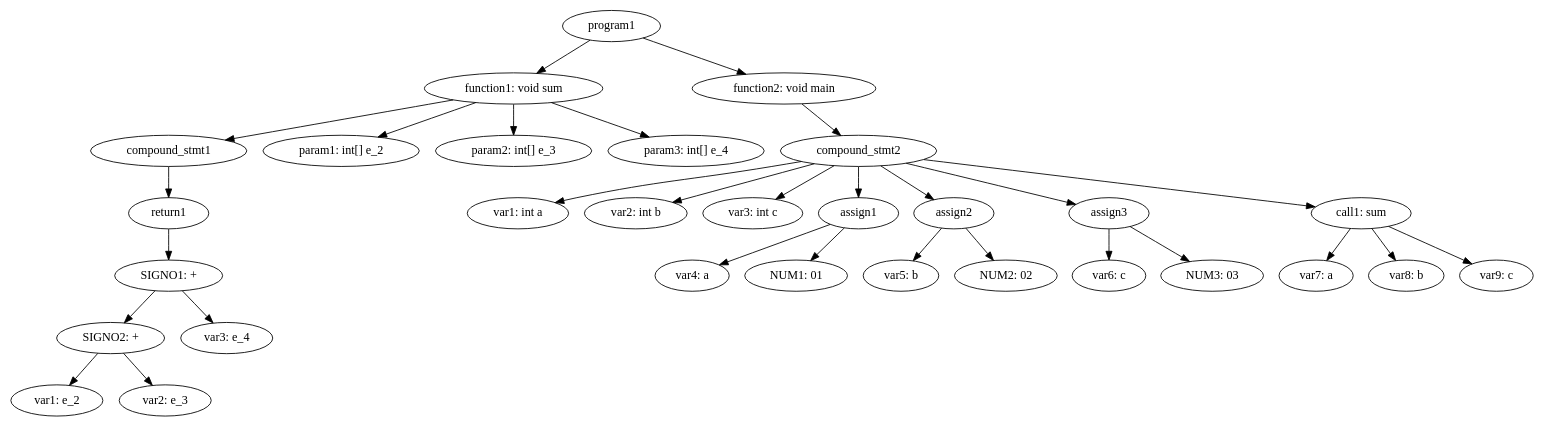
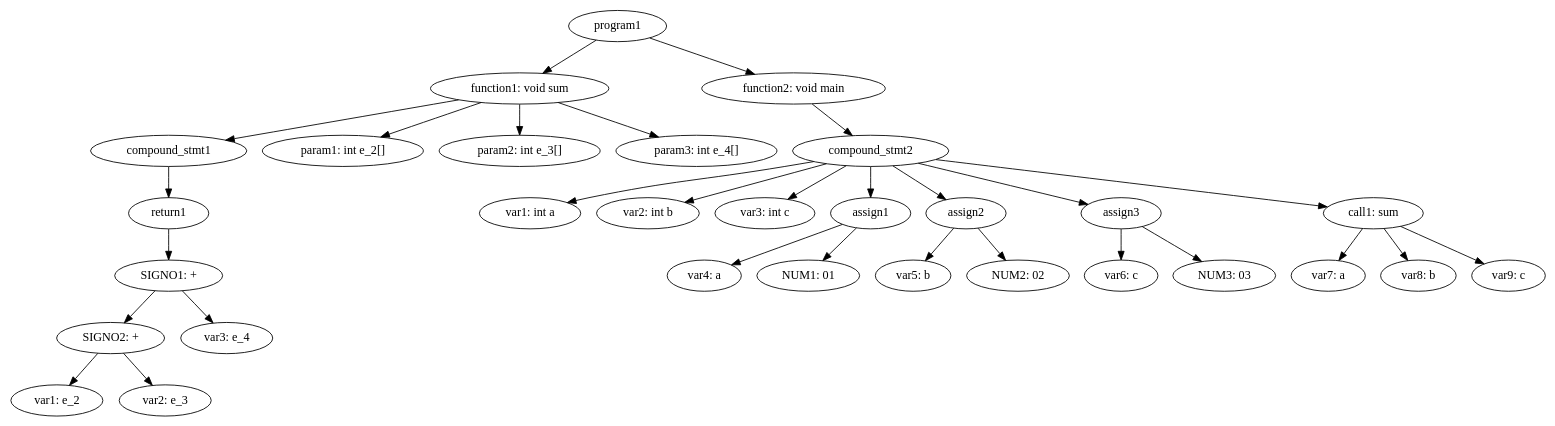
The diagram in parser_examples/out3.dot (PabloFB18/taller-compiladores), drawn with Graphviz before and after one commit. The commit also changed 11 other files, not shown here.

```diff
--- a/parser_examples/out3.dot
+++ b/parser_examples/out3.dot
@@ -1,31 +1,31 @@
 digraph G {
 	"program1" -> "function1: void sum"
 	"function1: void sum" -> "compound_stmt1"
 	"compound_stmt1" -> "return1"
 	"return1" -> "SIGNO1: +"
 	"SIGNO1: +" -> "SIGNO2: +"
 	"SIGNO2: +" -> "var1: e_2"
 	"SIGNO2: +" -> "var2: e_3"
 	"SIGNO1: +" -> "var3: e_4"
-	"function1: void sum" -> "param1: int[] e_2"
-	"function1: void sum" -> "param2: int[] e_3"
-	"function1: void sum" -> "param3: int[] e_4"
+	"function1: void sum" -> "param1: int e_2[] "
+	"function1: void sum" -> "param2: int e_3[] "
+	"function1: void sum" -> "param3: int e_4[] "
 	"program1" -> "function2: void main"
 	"function2: void main" -> "compound_stmt2"
 	"compound_stmt2" -> "var1: int a"
 	"compound_stmt2" -> "var2: int b"
 	"compound_stmt2" -> "var3: int c"
 	"compound_stmt2" -> "assign1"
 	"assign1" -> "var4: a"
 	"assign1" -> "NUM1: 01"
 	"compound_stmt2" -> "assign2"
 	"assign2" -> "var5: b"
 	"assign2" -> "NUM2: 02"
 	"compound_stmt2" -> "assign3"
 	"assign3" -> "var6: c"
 	"assign3" -> "NUM3: 03"
 	"compound_stmt2" -> "call1: sum"
 	"call1: sum" -> "var7: a"
 	"call1: sum" -> "var8: b"
 	"call1: sum" -> "var9: c"
 }
```
